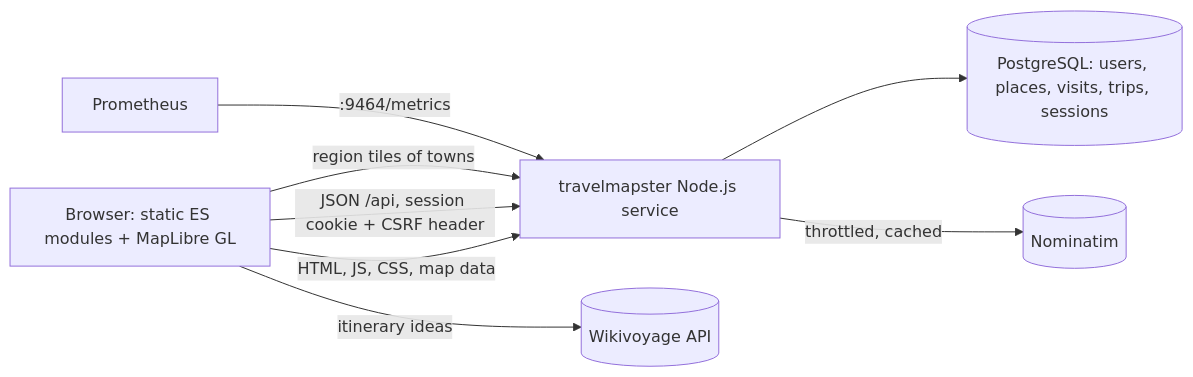
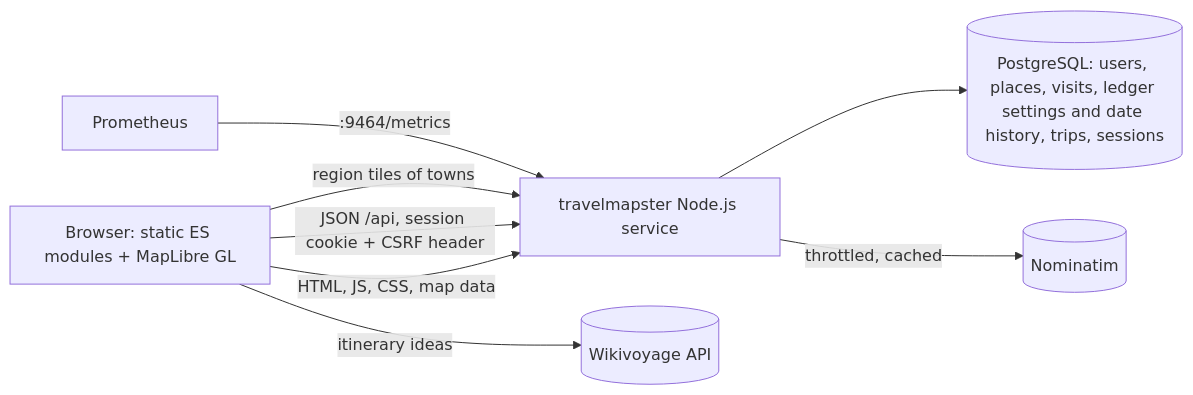
Before and after one commit to chefzaid/travelmapster: the diagram in docs/architecture.md, drawn with Mermaid. The commit also changed other lines of this file and 28 other files, not shown here.

````diff
--- a/docs/architecture.md
+++ b/docs/architecture.md
@@ -5,10 +5,10 @@
 ```mermaid
 flowchart LR
     browser[Browser: static ES modules + MapLibre GL] -->|HTML, JS, CSS, map data| app[travelmapster Node.js service]
     browser -->|JSON /api, session cookie + CSRF header| app
     browser -->|itinerary ideas| wikivoyage[(Wikivoyage API)]
-    app --> pg[(PostgreSQL: users, places, visits, trips, sessions)]
+    app --> pg[(PostgreSQL: users, places, visits, ledger settings and date history, trips, sessions)]
     app -->|throttled, cached| nominatim[(Nominatim)]
     browser -->|region tiles of towns| app
     prometheus[Prometheus] -->|:9464/metrics| app
 ```
````
